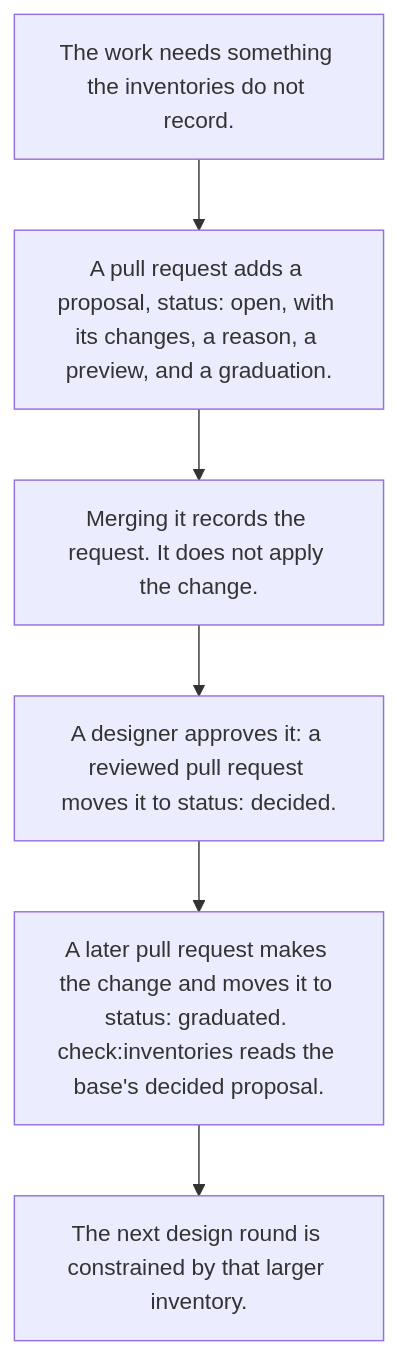
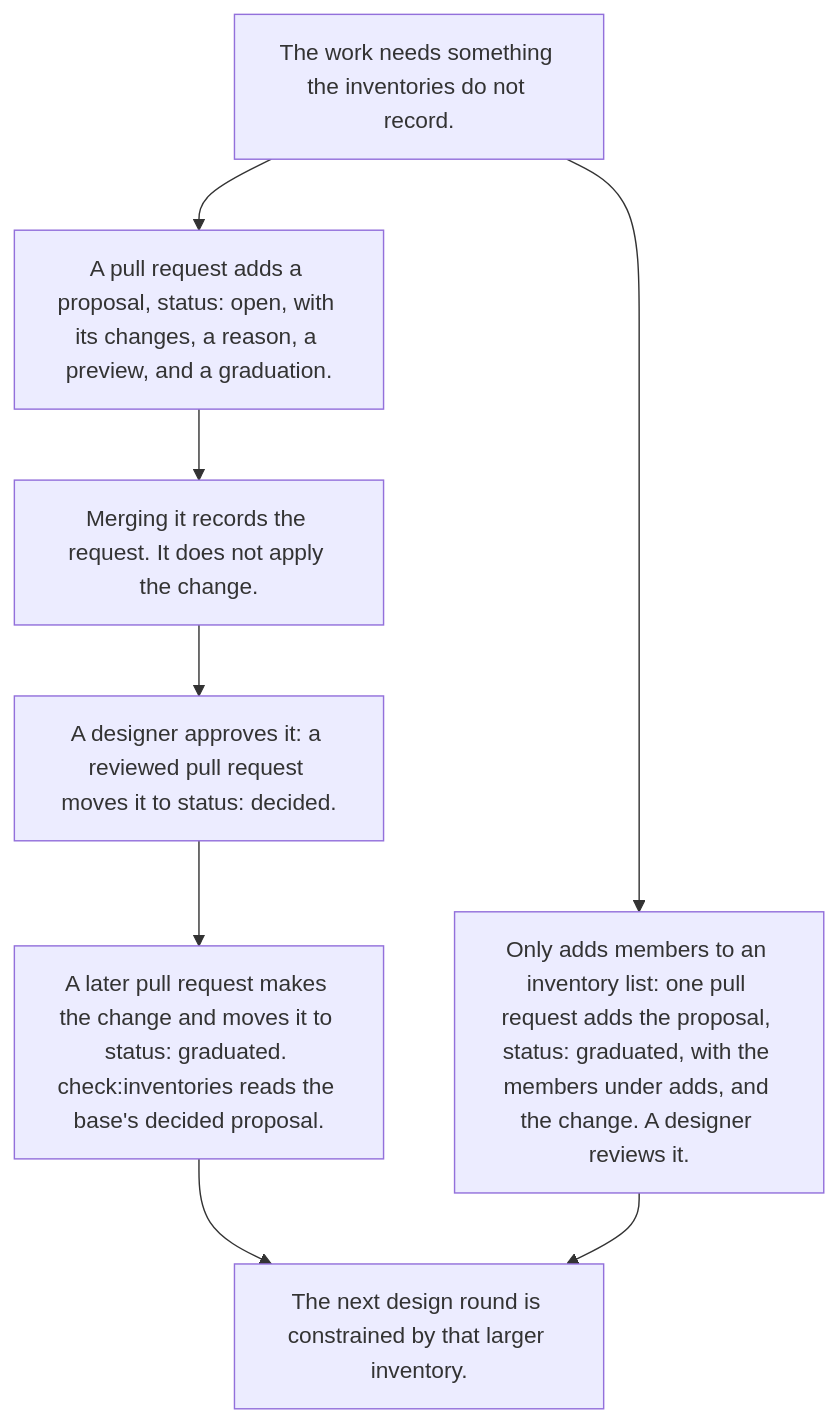
Before and after one commit to tounsoo/agent-design-loop: the fourth of 7 diagrams in packages/harness/docs/how-it-works.md, drawn with Mermaid. The commit also changed other lines of this file and 31 other files, not shown here.

First line of the commit message:
Let an inventory addition graduate its proposal in one pull request (#28)

````diff
--- a/packages/harness/docs/how-it-works.md
+++ b/packages/harness/docs/how-it-works.md
@@ -263,10 +273,12 @@
 ```mermaid
 flowchart TB
   gap["The work needs something the inventories do not record."]
   file["A pull request adds a proposal, status: open, with its changes, a reason, a preview, and a graduation."]
   record["Merging it records the request. It does not apply the change."]
   person["A designer approves it: a reviewed pull request moves it to status: decided."]
   graduate["A later pull request makes the change and moves it to status: graduated. check:inventories reads the base's decided proposal."]
+  adds["Only adds members to an inventory list: one pull request adds the proposal, status: graduated, with the members under adds, and the change. A designer reviews it."]
   next["The next design round is constrained by that larger inventory."]
   gap --> file --> record --> person --> graduate --> next
+  gap --> adds --> next
 ```
````
